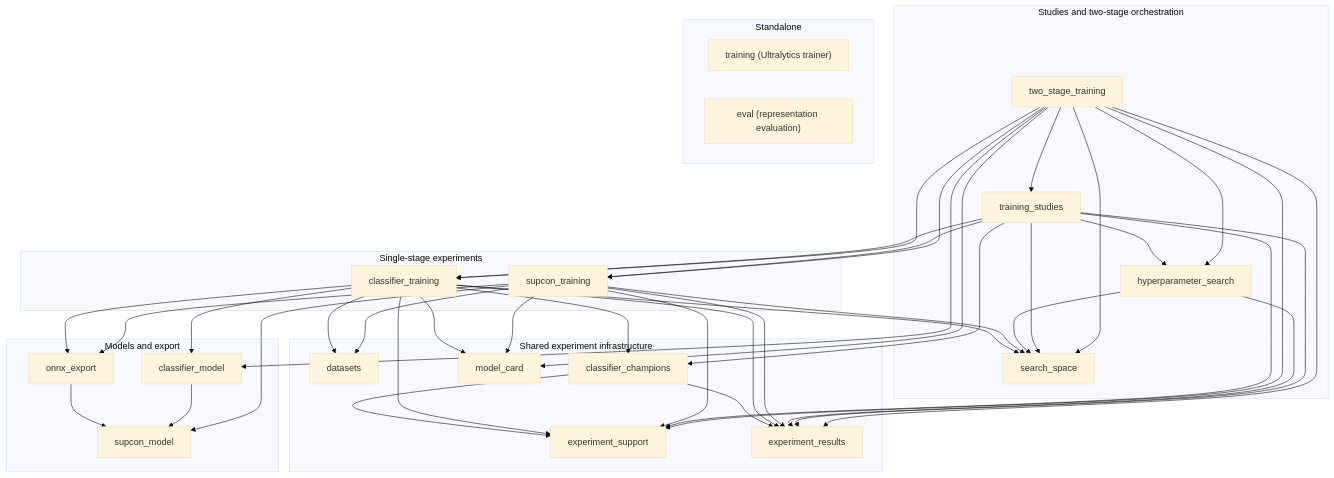
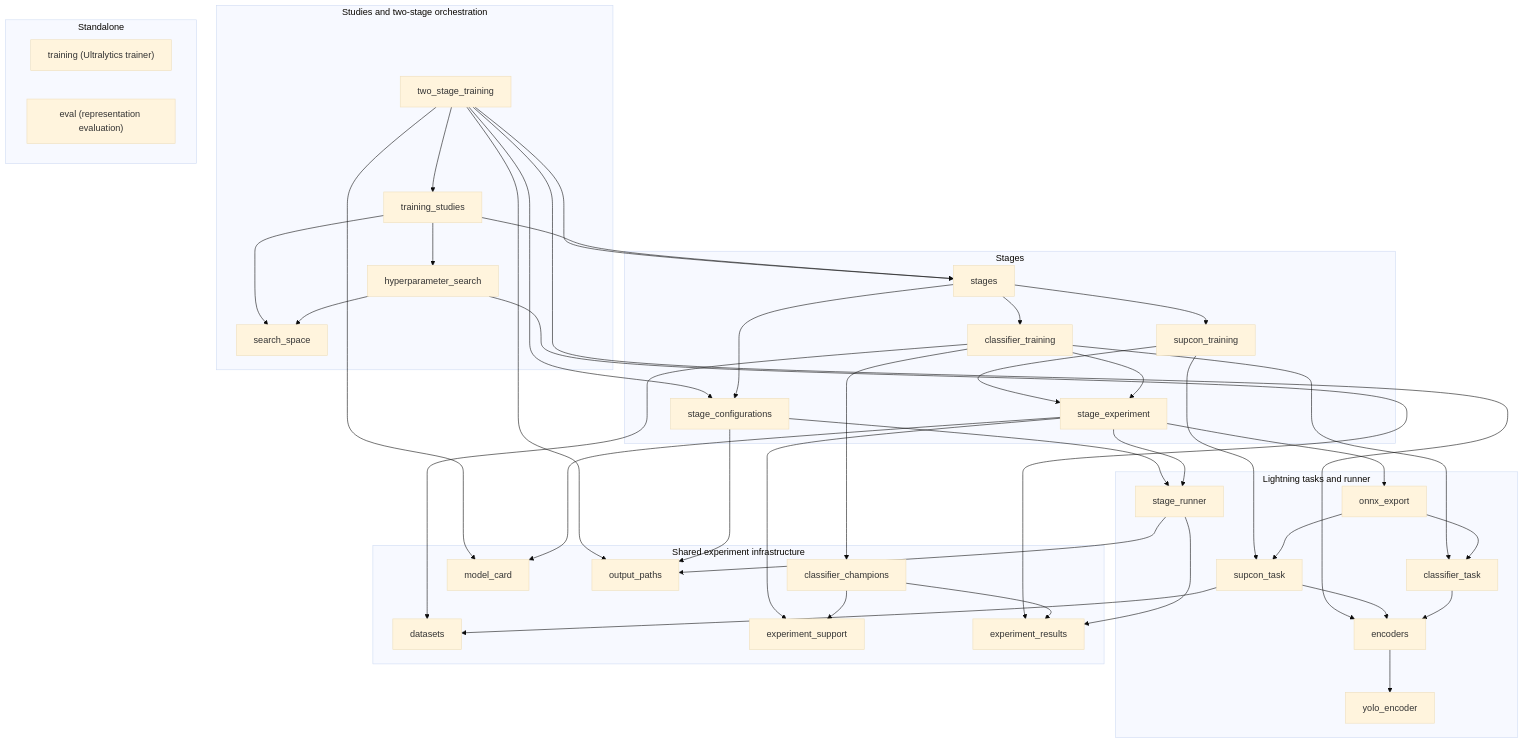
One commit to ssciwr/smartrodent_experiments changed the third of 7 diagrams in README.md. Above: the diagram before and after it, drawn with Mermaid (base theme). The commit also changed other lines of this file, not shown here.

````diff
--- a/README.md
+++ b/README.md
@@ -255,77 +259,77 @@
 ```mermaid
 flowchart TB
     subgraph orchestration["Studies and two-stage orchestration"]
         two_stage_training
         training_studies
         hyperparameter_search
         search_space
     end
 
-    subgraph stages["Single-stage experiments"]
+    subgraph stages["Stages"]
+        stages_py["stages"]
+        stage_configurations
+        stage_experiment
         supcon_training
         classifier_training
     end
 
-    subgraph models["Models and export"]
-        supcon_model
-        classifier_model
+    subgraph tasks["Lightning tasks and runner"]
+        supcon_task
+        classifier_task
+        stage_runner
+        encoders
+        yolo_encoder
         onnx_export
     end
 
     subgraph support["Shared experiment infrastructure"]
         datasets
         experiment_support
         experiment_results
         classifier_champions
         model_card
+        output_paths
     end
 
     subgraph standalone["Standalone"]
         training["training (Ultralytics trainer)"]
         eval["eval (representation evaluation)"]
     end
 
     two_stage_training --> training_studies
-    two_stage_training --> hyperparameter_search
-    two_stage_training --> search_space
-    two_stage_training --> supcon_training
-    two_stage_training --> classifier_training
-    two_stage_training --> classifier_model
+    two_stage_training --> stages_py
+    two_stage_training --> stage_configurations
+    two_stage_training --> encoders
+    two_stage_training --> output_paths
     two_stage_training --> model_card
-    two_stage_training --> experiment_support
-    two_stage_training --> experiment_results
-
     training_studies --> hyperparameter_search
     training_studies --> search_space
-    training_studies --> supcon_training
-    training_studies --> classifier_training
-    training_studies --> classifier_champions
-    training_studies --> experiment_support
-    training_studies --> experiment_results
-
+    training_studies --> stages_py
     hyperparameter_search --> search_space
     hyperparameter_search --> experiment_results
-
-    supcon_training --> supcon_model
-    supcon_training --> onnx_export
-    supcon_training --> datasets
-    supcon_training --> experiment_support
-    supcon_training --> experiment_results
-    supcon_training --> model_card
-    supcon_training --> search_space
-
-    classifier_training --> classifier_model
-    classifier_training --> onnx_export
-    classifier_training --> datasets
-    classifier_training --> experiment_support
-    classifier_training --> experiment_results
+    stages_py --> supcon_training
+    stages_py --> classifier_training
+    stages_py --> stage_configurations
+    supcon_training --> stage_experiment
+    classifier_training --> stage_experiment
     classifier_training --> classifier_champions
-    classifier_training --> model_card
-    classifier_training --> search_space
-
-    classifier_model --> supcon_model
-    onnx_export --> supcon_model
-
+    stage_configurations --> output_paths
+    stage_configurations --> stage_runner
+    stage_experiment --> stage_runner
+    stage_experiment --> onnx_export
+    stage_experiment --> experiment_support
+    stage_experiment --> model_card
+    supcon_training --> supcon_task
+    classifier_training --> classifier_task
+    supcon_task --> encoders
+    classifier_task --> encoders
+    encoders --> yolo_encoder
+    stage_runner --> experiment_results
+    stage_runner --> output_paths
+    onnx_export --> supcon_task
+    onnx_export --> classifier_task
     classifier_champions --> experiment_support
     classifier_champions --> experiment_results
+    supcon_task --> datasets
+    classifier_training --> datasets
 ```
````
